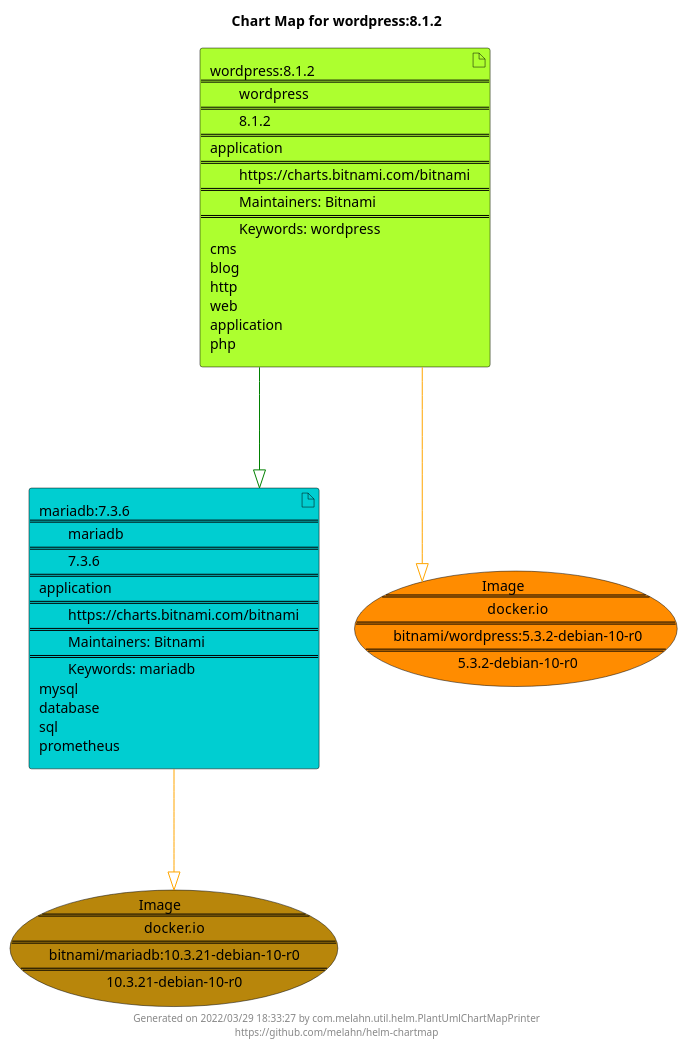
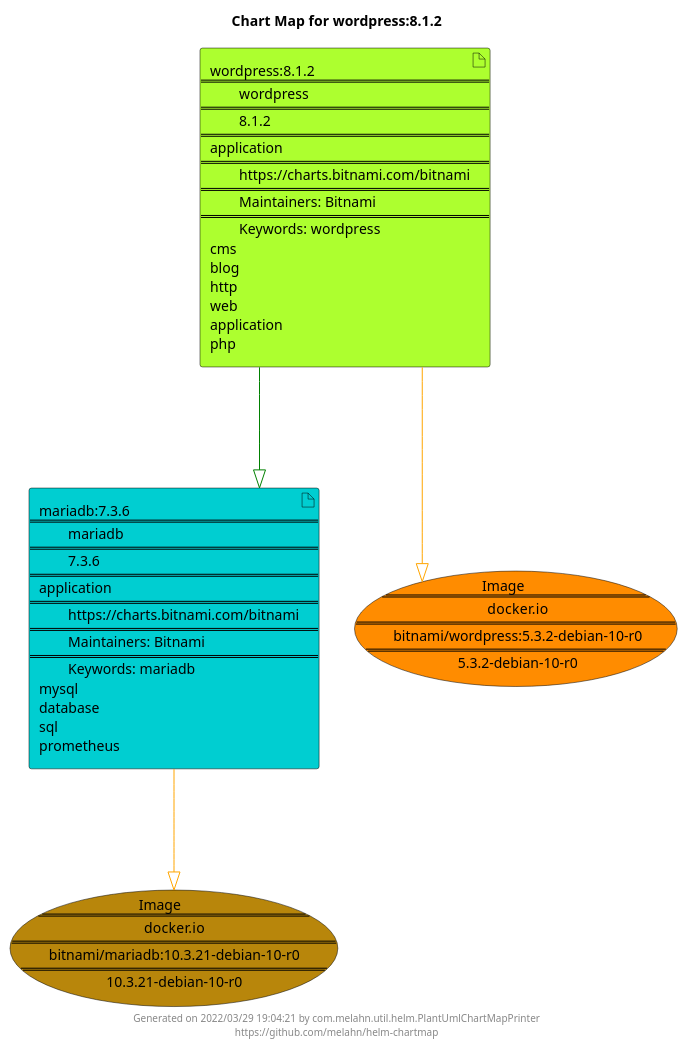
The diagram in docs/wordpress/wordpress-8.1.2.puml (melahn/helm-chartmap), drawn with PlantUML before and after one commit. The commit also changed 51 other files, not shown here.

Commit message:
Update Example Chart Maps as part of GitHub build

```diff
--- a/docs/wordpress/wordpress-8.1.2.puml
+++ b/docs/wordpress/wordpress-8.1.2.puml
@@ -1,25 +1,25 @@
 @startuml
 skinparam linetype ortho
 skinparam backgroundColor white
 skinparam usecaseBorderColor black
 skinparam usecaseArrowColor LightSlateGray
 skinparam artifactBorderColor black
 skinparam artifactArrowColor LightSlateGray
 
 title Chart Map for wordpress:8.1.2
 
 'There are 2 referenced Helm Charts
 artifact "mariadb:7.3.6\n====\n\tmariadb\n====\n\t7.3.6\n====\napplication\n====\n\thttps://charts.bitnami.com/bitnami\n====\n\tMaintainers: Bitnami\n====\n\tKeywords: mariadb\nmysql\ndatabase\nsql\nprometheus" as mariadb_7_3_6 #DarkTurquoise
 artifact "wordpress:8.1.2\n====\n\twordpress\n====\n\t8.1.2\n====\napplication\n====\n\thttps://charts.bitnami.com/bitnami\n====\n\tMaintainers: Bitnami\n====\n\tKeywords: wordpress\ncms\nblog\nhttp\nweb\napplication\nphp" as wordpress_8_1_2 #GreenYellow
 
 'There are 2 referenced Docker Images
 usecase "Image\n====\n\tdocker.io\n====\n\tbitnami/mariadb:10.3.21-debian-10-r0\n====\n\t10.3.21-debian-10-r0" as docker_io_bitnami_mariadb_10_3_21_debian_10_r0 #DarkGoldenRod
 usecase "Image\n====\n\tdocker.io\n====\n\tbitnami/wordpress:5.3.2-debian-10-r0\n====\n\t5.3.2-debian-10-r0" as docker_io_bitnami_wordpress_5_3_2_debian_10_r0 #Darkorange
 
 'Chart Dependencies
 wordpress_8_1_2--[#green]-|>mariadb_7_3_6
 mariadb_7_3_6--[#orange]-|>docker_io_bitnami_mariadb_10_3_21_debian_10_r0
 wordpress_8_1_2--[#orange]-|>docker_io_bitnami_wordpress_5_3_2_debian_10_r0
 
-center footer Generated on 2022/03/29 18:33:27 by com.melahn.util.helm.PlantUmlChartMapPrinter\nhttps://github.com/melahn/helm-chartmap
+center footer Generated on 2022/03/29 19:04:21 by com.melahn.util.helm.PlantUmlChartMapPrinter\nhttps://github.com/melahn/helm-chartmap
 @enduml
```
